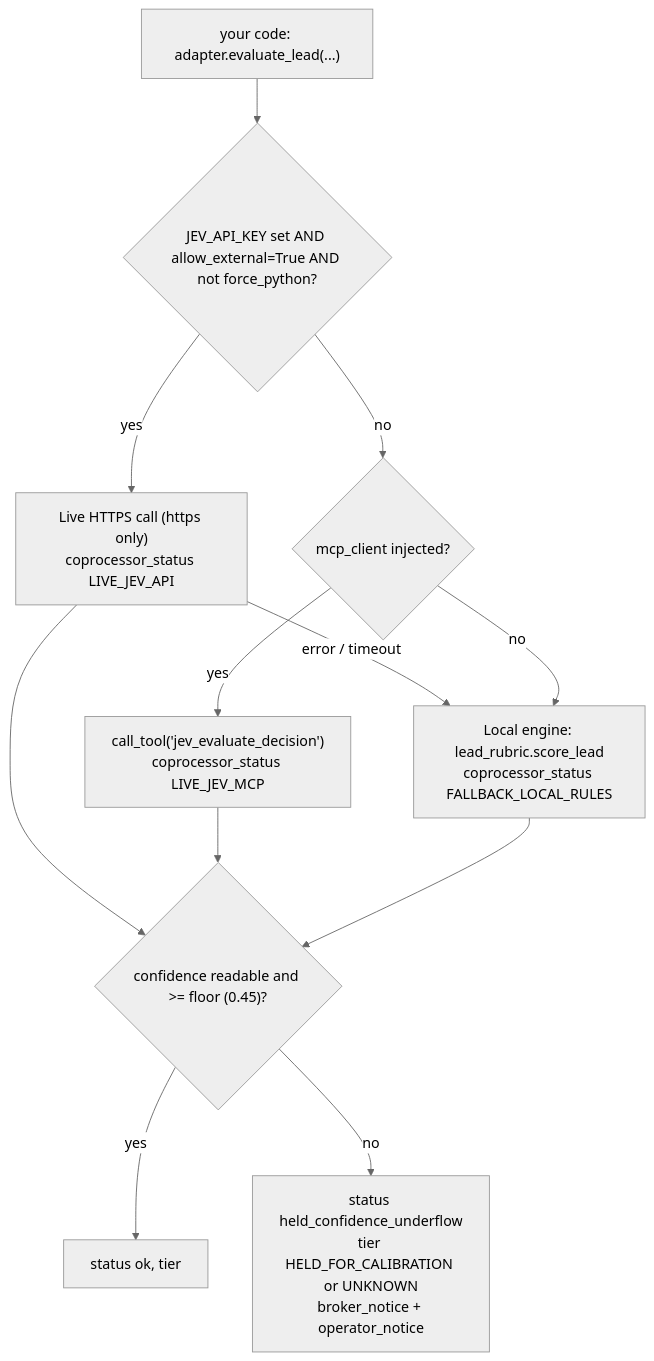
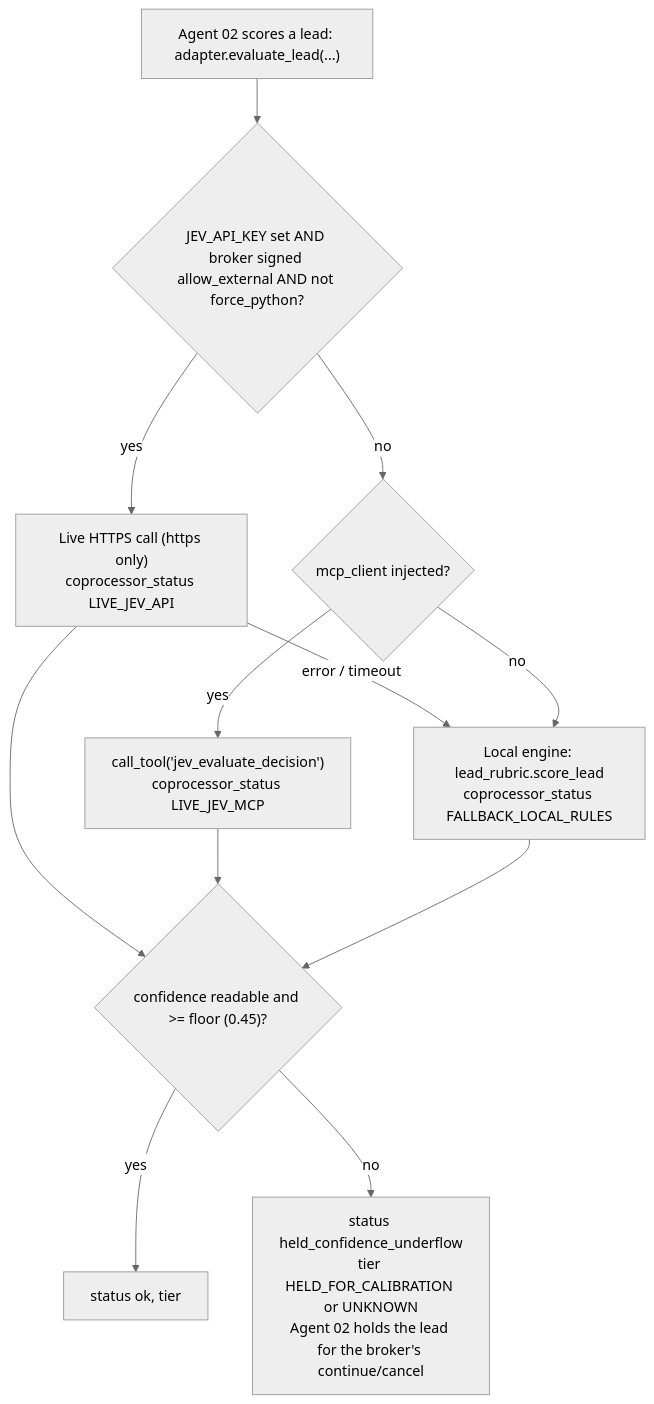
Before and after one commit to QuietFireAI/listing-assistants: the diagram in docs/JEV_DECISION_PLATFORM.md, drawn with Mermaid (neutral theme). The commit also changed other lines of this file and 19 other files, not shown here.

````diff
--- a/docs/JEV_DECISION_PLATFORM.md
+++ b/docs/JEV_DECISION_PLATFORM.md
@@ -12,14 +15,14 @@
 ```mermaid
 flowchart TD
-    Call["your code: adapter.evaluate_lead(...)"] --> Live{"JEV_API_KEY set AND allow_external=True AND not force_python?"}
+    Call["Agent 02 scores a lead: adapter.evaluate_lead(...)"] --> Live{"JEV_API_KEY set AND broker signed allow_external AND not force_python?"}
     Live -->|yes| HTTPS["Live HTTPS call (https only)<br/>coprocessor_status LIVE_JEV_API"]
     HTTPS -->|error / timeout| Local
     Live -->|no| MCP{"mcp_client injected?"}
     MCP -->|yes| Tool["call_tool('jev_evaluate_decision')<br/>coprocessor_status LIVE_JEV_MCP"]
     MCP -->|no| Local["Local engine: lead_rubric.score_lead<br/>coprocessor_status FALLBACK_LOCAL_RULES"]
     HTTPS --> Floor{"confidence readable and >= floor (0.45)?"}
     Tool --> Floor
     Local --> Floor
     Floor -->|yes| OK["status ok, tier"]
-    Floor -->|no| Hold["status held_confidence_underflow<br/>tier HELD_FOR_CALIBRATION or UNKNOWN<br/>broker_notice + operator_notice"]
+    Floor -->|no| Hold["status held_confidence_underflow<br/>tier HELD_FOR_CALIBRATION or UNKNOWN<br/>Agent 02 holds the lead for the broker's continue/cancel"]
 ```
````
